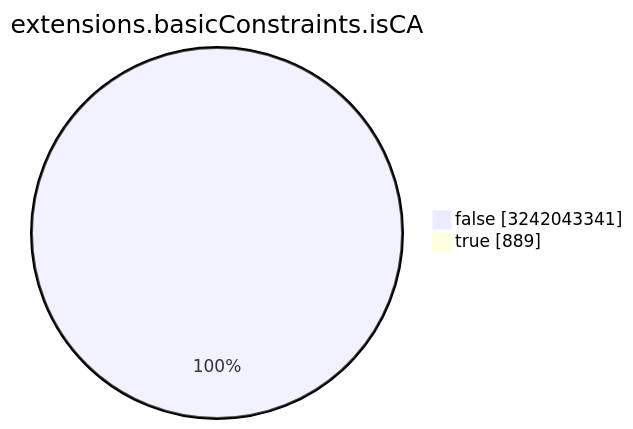
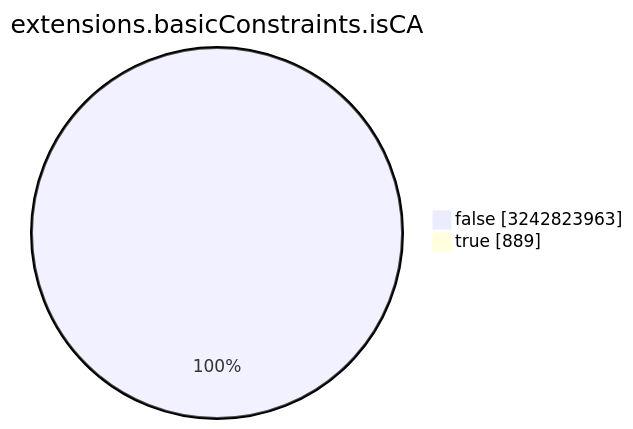
One commit to christiankrug/ctmonitor_visualization changed the seventh of 15 diagrams in TOTAL/README.md. Above: the diagram before and after it, drawn with Mermaid. The commit also changed other lines of this file, not shown here.

````diff
--- a/TOTAL/README.md
+++ b/TOTAL/README.md
@@ -3088,6 +3088,6 @@
 ```mermaid
 pie showData
 title extensions.basicConstraints.isCA
-"false" :3242043341
+"false" :3242823963
 "true" :889
 ```
````
